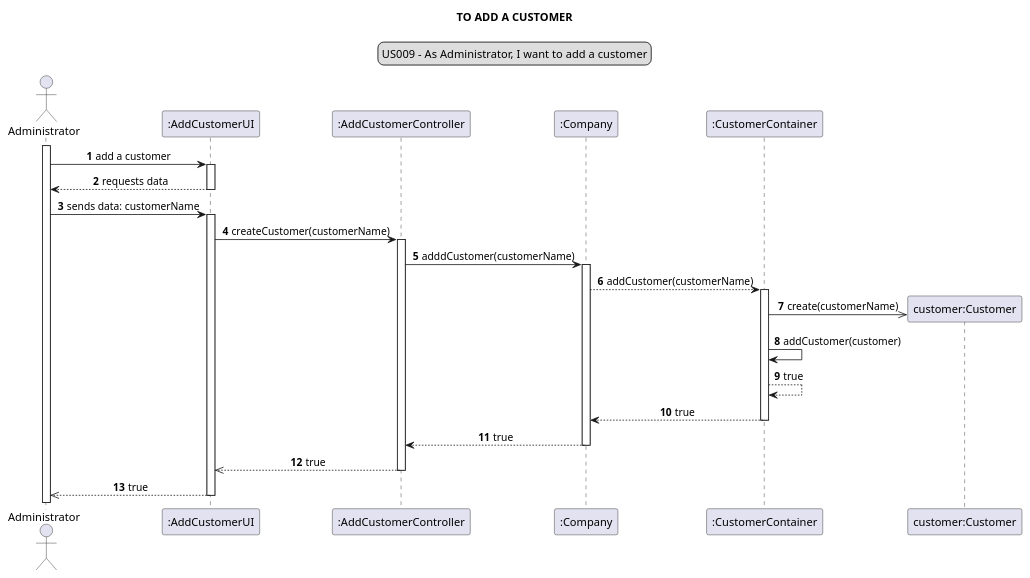
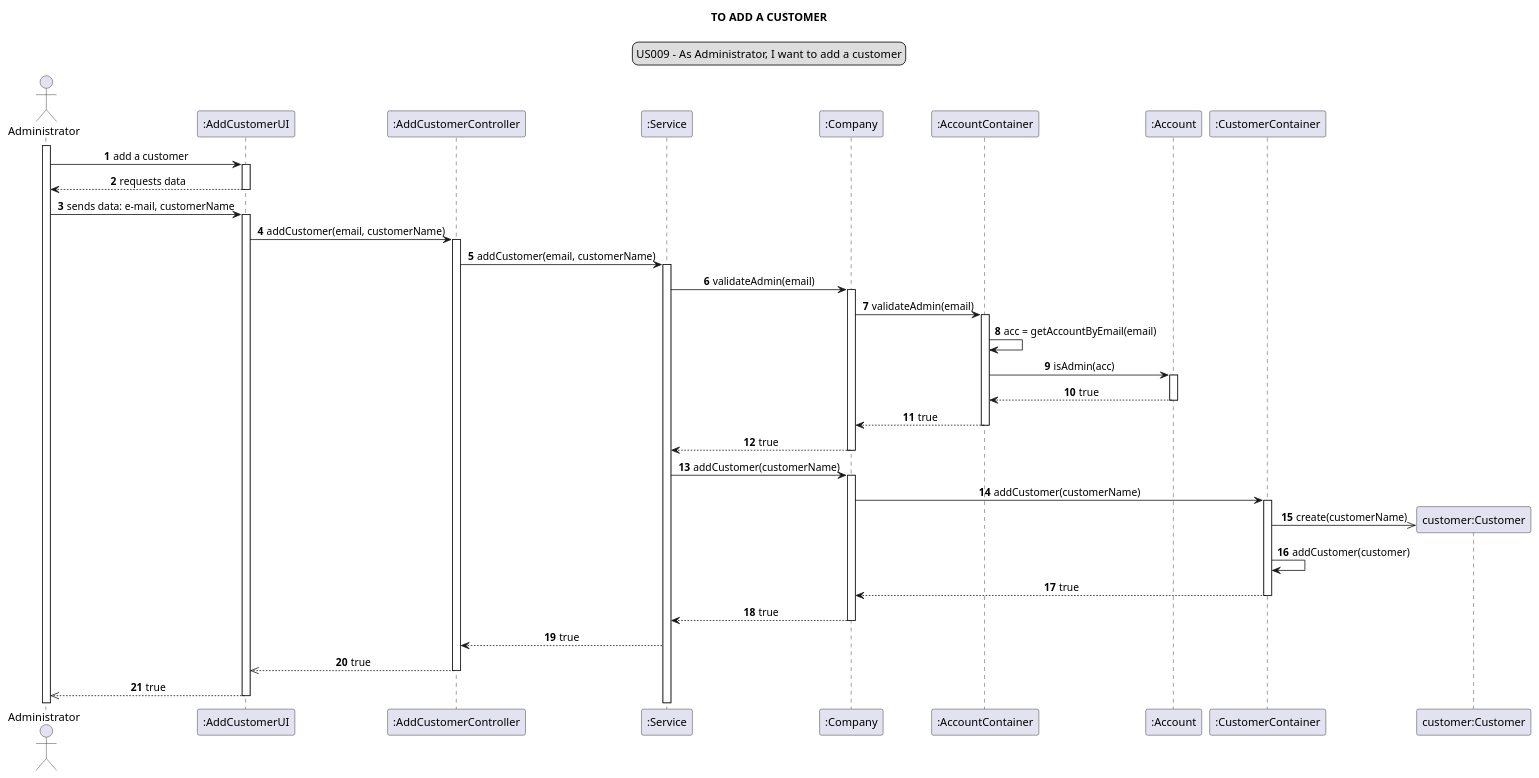
Before and after one commit to Loracline/project_switch_22-23: the diagram in docs/modelling_design/user_stories/us009/US009_sequenceDiagram.puml, drawn with PlantUML. The commit also changed 1 other file, not shown here.

Commit message:
US009 : Design : refinement os Class Diagram and Sequence Diagram (addition of service and method to verify profile).

```diff
--- a/docs/modelling_design/user_stories/us009/US009_sequenceDiagram.puml
+++ b/docs/modelling_design/user_stories/us009/US009_sequenceDiagram.puml
@@ -1,42 +1,60 @@
 @startuml
 skinparam sequenceMessageAlign center
 title TO ADD A CUSTOMER
 legend top
 US009 - As Administrator, I want to add a customer
 end legend
 autonumber
 actor Administrator
 participant ":AddCustomerUI" as ui
 participant ":AddCustomerController" as controller
+participant ":Service" as service
 participant ":Company" as company
+participant ":AccountContainer" as accContainer
+participant ":Account" as acc
 participant ":CustomerContainer" as container
 participant "customer:Customer" as customer
 
 activate Administrator
 Administrator -> ui: add a customer
 activate ui
 ui --> Administrator: requests data
 deactivate ui
-Administrator -> ui: sends data: customerName
+Administrator -> ui: sends data: e-mail, customerName
 activate ui
-ui -> controller: createCustomer(customerName)
+ui -> controller: addCustomer(email, customerName)
 activate controller
-
-controller -> company: adddCustomer(customerName)
+controller -> service: addCustomer(email, customerName)
+activate service
+service -> company: validateAdmin(email)
 activate company
-company --> container: addCustomer(customerName)
+company -> accContainer: validateAdmin(email)
+activate accContainer
+accContainer -> accContainer: acc = getAccountByEmail(email)
+accContainer -> acc: isAdmin(acc)
+activate acc
+acc --> accContainer: true
+deactivate acc
+accContainer --> company: true
+deactivate accContainer
+company --> service: true
+deactivate company
+service -> company: addCustomer(customerName)
+activate company
+company -> container: addCustomer(customerName)
 create customer
 activate container
 container ->> customer: create(customerName)
 container -> container: addCustomer(customer)
-container --> container: true
 container --> company: true
 deactivate container
-company --> controller: true
+company --> service: true
 deactivate company
+service --> controller: true
+
 controller -->> ui: true
 deactivate controller
 ui -->>Administrator: true
 deactivate ui
 
 @enduml
```
